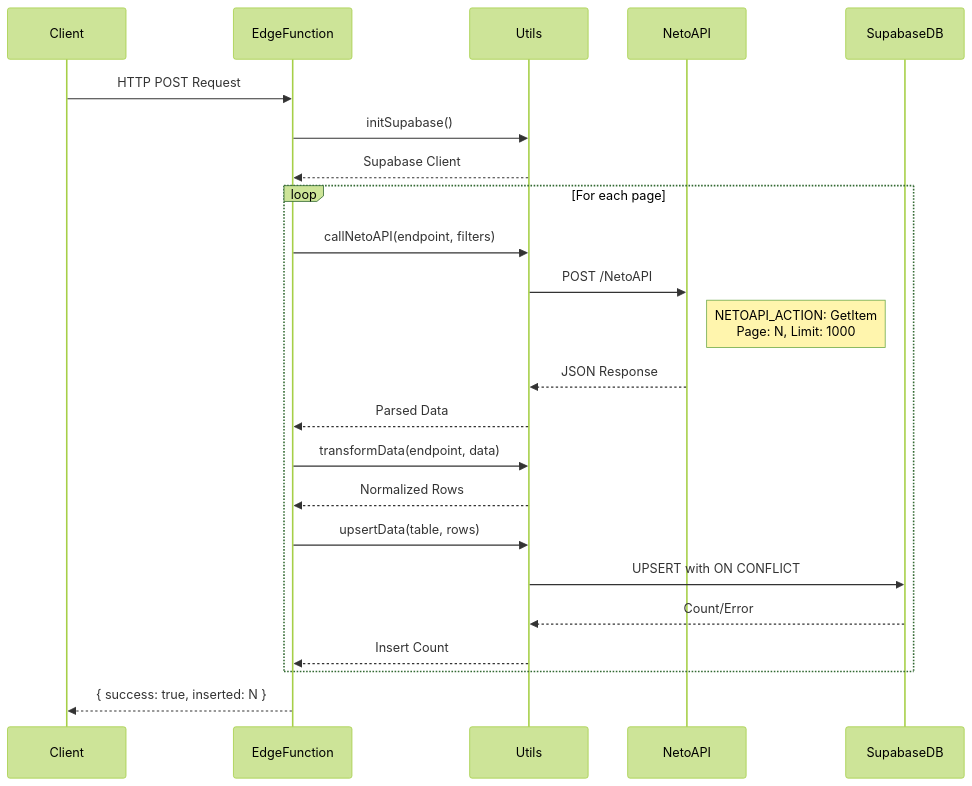
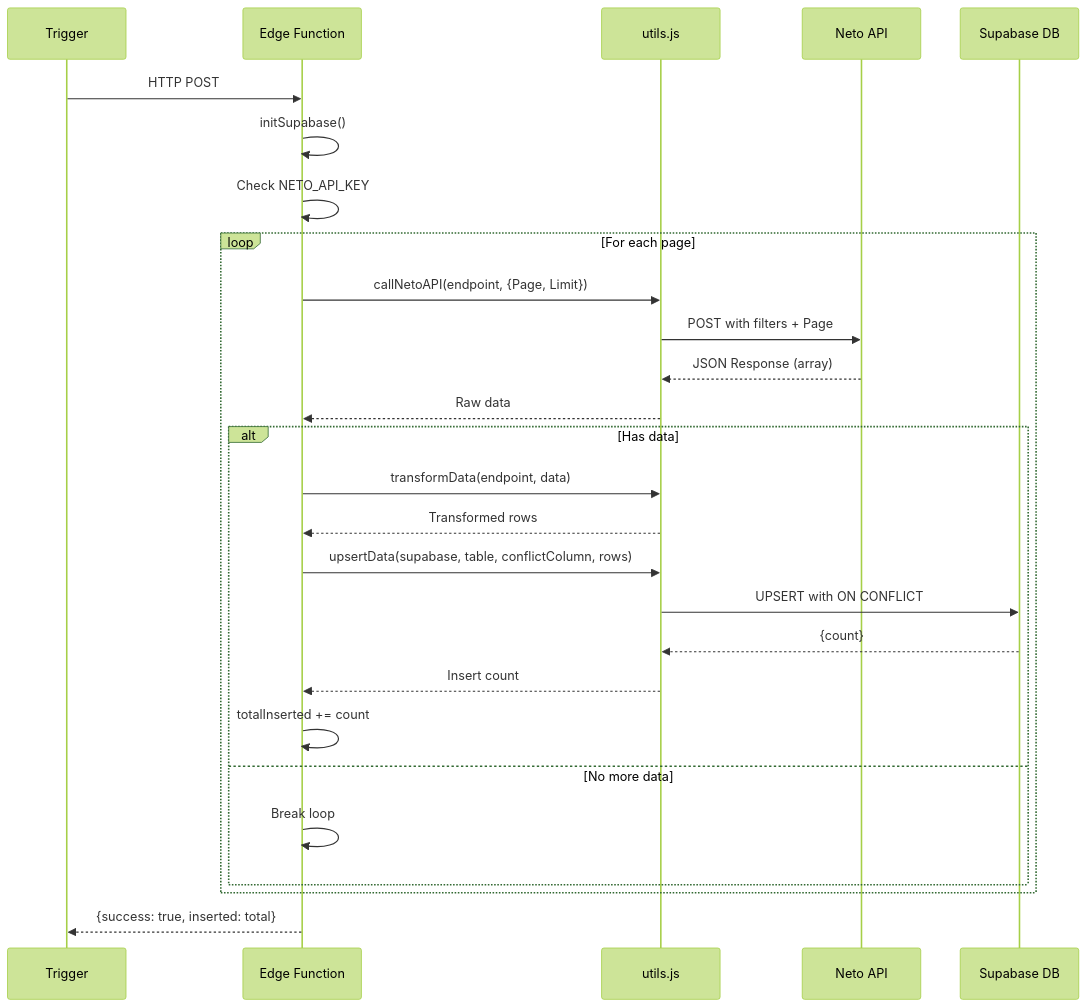
Before and after one commit to lumberjack-so/neto-export: the second of 13 diagrams in ARCHITECTURE_DIAGRAMS.md, drawn with Mermaid (forest theme). The commit also changed other lines of this file and 3 other files, not shown here.

````diff
--- a/ARCHITECTURE_DIAGRAMS.md
+++ b/ARCHITECTURE_DIAGRAMS.md
@@ -63,30 +145,33 @@
 ```mermaid
 sequenceDiagram
-    participant Client
-    participant EdgeFunction
-    participant Utils
-    participant NetoAPI
-    participant SupabaseDB
+    participant T as Trigger
+    participant F as Edge Function
+    participant U as utils.js
+    participant N as Neto API
+    participant DB as Supabase DB
     
-    Client->>EdgeFunction: HTTP POST Request
-    EdgeFunction->>Utils: initSupabase()
-    Utils-->>EdgeFunction: Supabase Client
+    T->>F: HTTP POST
+    F->>F: initSupabase()
+    F->>F: Check NETO_API_KEY
     
     loop For each page
-        EdgeFunction->>Utils: callNetoAPI(endpoint, filters)
-        Utils->>NetoAPI: POST /NetoAPI
-        Note right of NetoAPI: NETOAPI_ACTION: GetItem<br/>Page: N, Limit: 1000
-        NetoAPI-->>Utils: JSON Response
-        Utils-->>EdgeFunction: Parsed Data
+        F->>U: callNetoAPI(endpoint, {Page, Limit})
+        U->>N: POST with filters + Page
+        N-->>U: JSON Response (array)
+        U-->>F: Raw data
         
-        EdgeFunction->>Utils: transformData(endpoint, data)
-        Utils-->>EdgeFunction: Normalized Rows
-        
-        EdgeFunction->>Utils: upsertData(table, rows)
-        Utils->>SupabaseDB: UPSERT with ON CONFLICT
-        SupabaseDB-->>Utils: Count/Error
-        Utils-->>EdgeFunction: Insert Count
+        alt Has data
+            F->>U: transformData(endpoint, data)
+            U-->>F: Transformed rows
+            F->>U: upsertData(supabase, table, conflictColumn, rows)
+            U->>DB: UPSERT with ON CONFLICT
+            DB-->>U: {count}
+            U-->>F: Insert count
+            F->>F: totalInserted += count
+        else No more data
+            F->>F: Break loop
+        end
     end
     
-    EdgeFunction-->>Client: { success: true, inserted: N }
+    F-->>T: {success: true, inserted: total}
 ```
````
